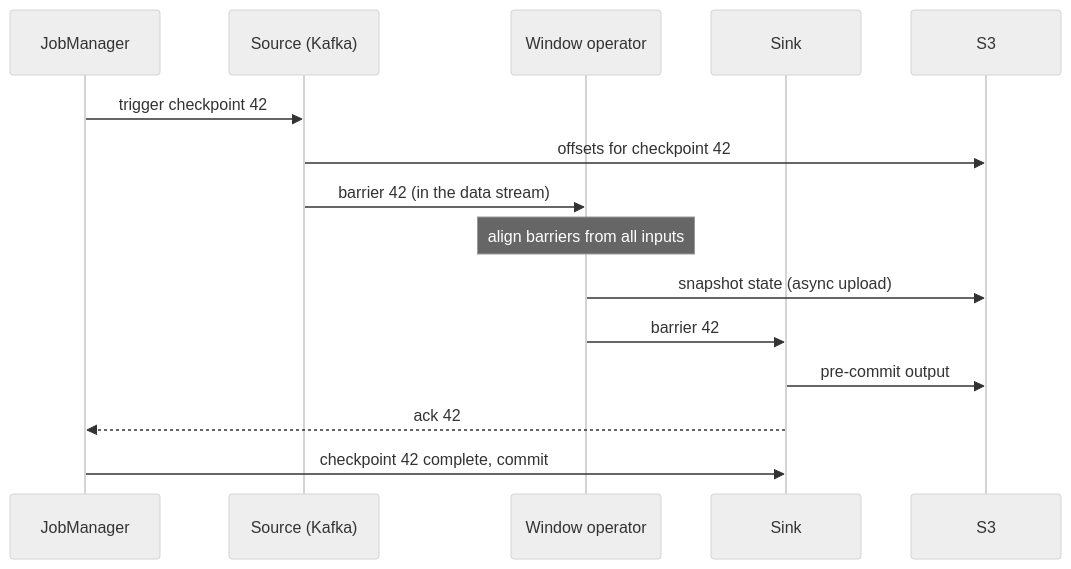
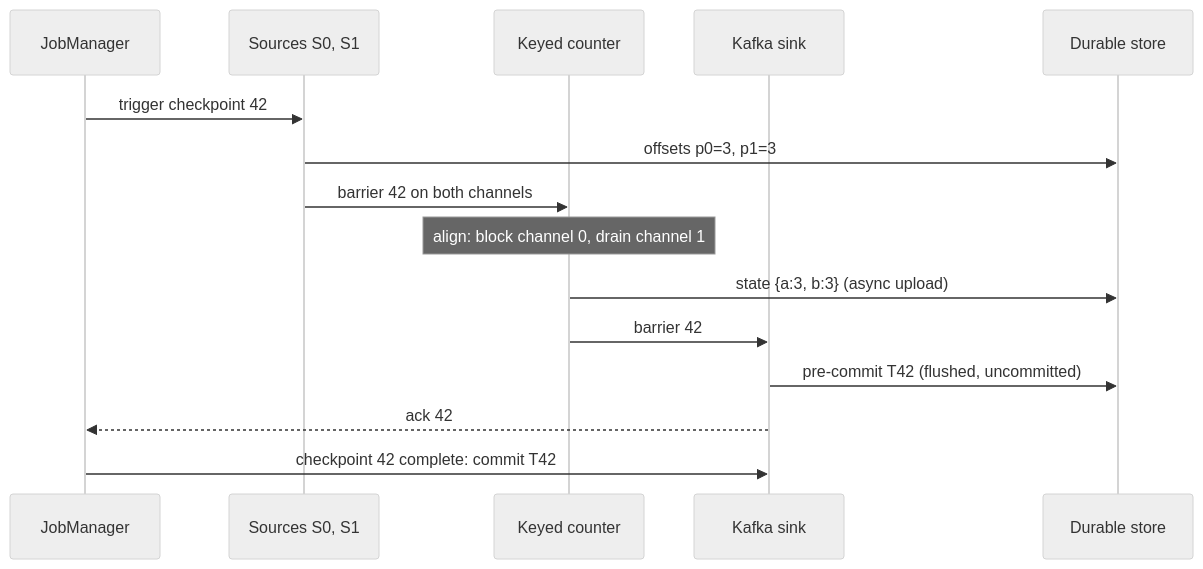
One commit to thull32/ascend changed the diagram in content/tracks/10-big-data/02-streaming/03-stateful-streaming.md. Above: the diagram before and after it, drawn with Mermaid (neutral theme). The commit also changed other lines of this file and 96 other files, not shown here.

````diff
--- a/content/tracks/10-big-data/02-streaming/03-stateful-streaming.md
+++ b/content/tracks/10-big-data/02-streaming/03-stateful-streaming.md
@@ -40,17 +37,17 @@
 ```mermaid
 sequenceDiagram
   participant JM as JobManager
-  participant S as Source (Kafka)
-  participant W as Window operator
-  participant K as Sink
-  participant DS as S3
+  participant S as Sources S0, S1
+  participant C as Keyed counter
+  participant K as Kafka sink
+  participant DS as Durable store
   JM->>S: trigger checkpoint 42
-  S->>DS: offsets for checkpoint 42
-  S->>W: barrier 42 (in the data stream)
-  Note over W: align barriers from all inputs
-  W->>DS: snapshot state (async upload)
-  W->>K: barrier 42
-  K->>DS: pre-commit output
+  S->>DS: offsets p0=3, p1=3
+  S->>C: barrier 42 on both channels
+  Note over C: align: block channel 0, drain channel 1
+  C->>DS: state {a:3, b:3} (async upload)
+  C->>K: barrier 42
+  K->>DS: pre-commit T42 (flushed, uncommitted)
   K-->>JM: ack 42
-  JM->>K: checkpoint 42 complete, commit
+  JM->>K: checkpoint 42 complete: commit T42
 ```
````
